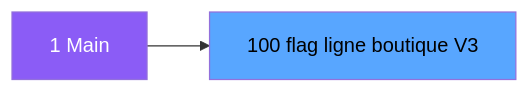
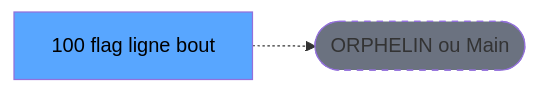
One commit to thonyAGP/lecteur-magic changed the second of 3 diagrams in .openspec/specs/ADH-IDE-100.md. Above: the diagram before and after it, drawn with Mermaid. The commit also changed other lines of this file and 701 other files, not shown here.

````diff
--- a/.openspec/specs/ADH-IDE-100.md
+++ b/.openspec/specs/ADH-IDE-100.md
@@ -108,8 +117,8 @@
 ```mermaid
 graph LR
-    M[1 Main]
-    T[100 flag ligne boutique V3]
-    M --> T
-    style M fill:#8b5cf6,color:#fff
+    T[100 flag ligne bout]
+    ORPHAN([ORPHELIN ou Main])
+    T -.-> ORPHAN
     style T fill:#58a6ff,color:#000
+    style ORPHAN fill:#6b7280,stroke-dasharray: 5 5
 ```
````
